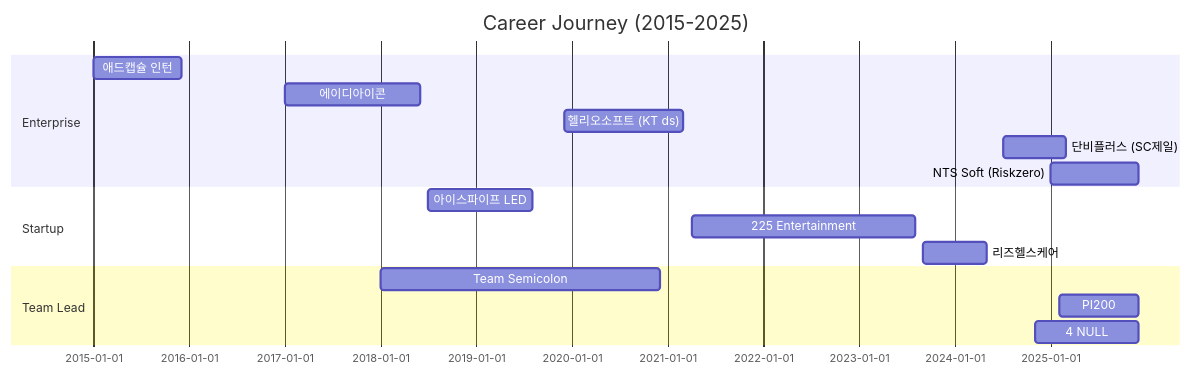
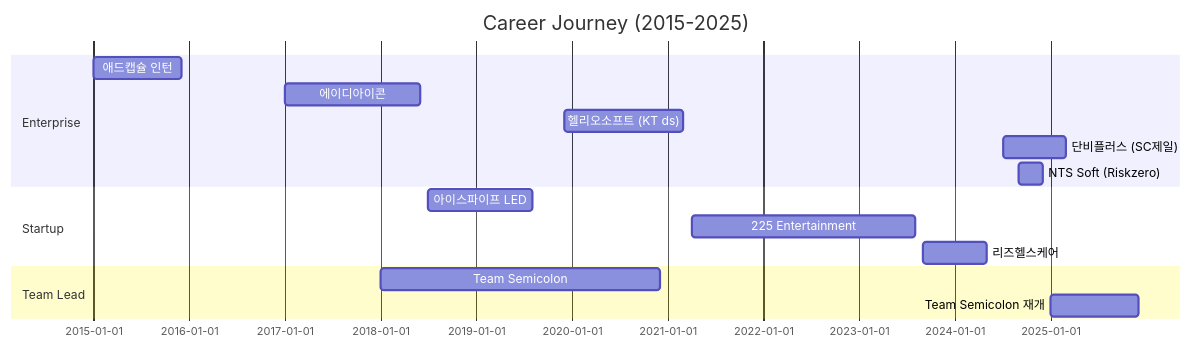
Before and after one commit to reus-jeon/reus-jeon: the diagram in README.md, drawn with Mermaid. The commit also changed other lines of this file, not shown here.

````diff
--- a/README.md
+++ b/README.md
@@ -162,22 +192,21 @@
 ```mermaid
 gantt
     title Career Journey (2015-2025)
     dateFormat YYYY-MM
 
     section Enterprise
     애드캡슐 인턴         :2015-01, 2015-12
     에이디아이콘         :2017-01, 2018-06
     헬리오소프트 (KT ds) :2019-12, 2021-03
     단비플러스 (SC제일)  :2024-07, 2025-03
-    NTS Soft (Riskzero) :2025-01, 2025-12
+    NTS Soft (Riskzero) :2024-09, 2024-12
 
     section Startup
     아이스파이프 LED     :2018-07, 2019-08
     225 Entertainment   :2021-04, 2023-08
     리즈헬스케어         :2023-09, 2024-05
 
     section Team Lead
     Team Semicolon      :2018-01, 2020-12
-    PI200               :2025-02, 2025-12
-    4 NULL              :2024-11, 2025-12
+    Team Semicolon 재개 :2025-01, 2025-12
 ```
````
